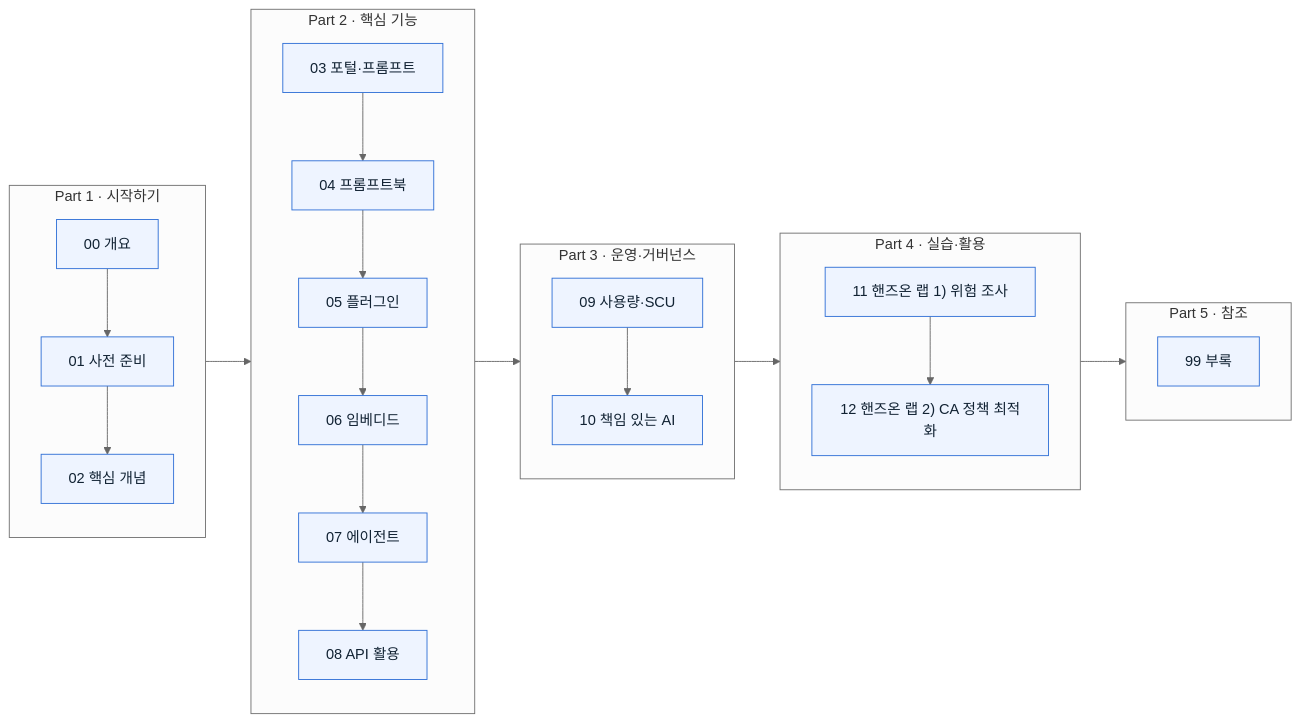
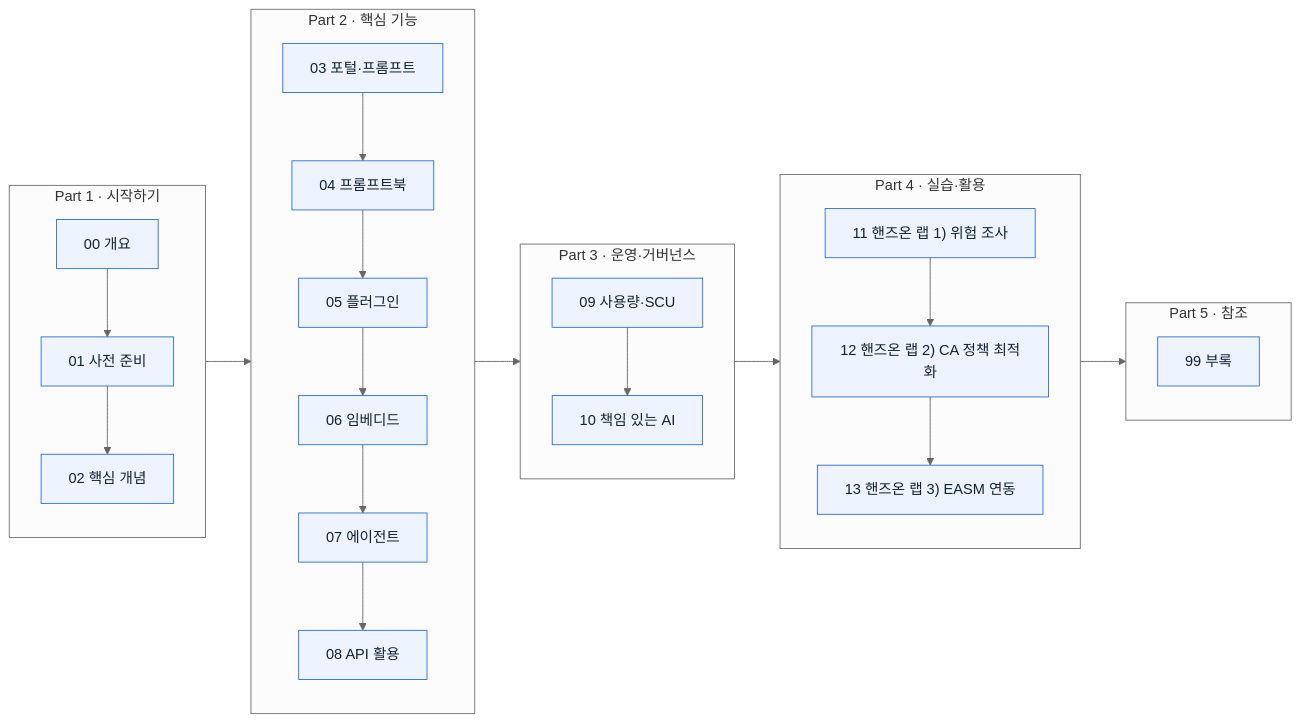
The diagram in README.md (akimcse/security-copilot-guide-kr), drawn with Mermaid (neutral theme) before and after one commit. The commit also changed other lines of this file and 7 other files, not shown here.

Commit message:
Add ch13: EASM plugin hands-on lab (connect + 8 capability prompts)

````diff
--- a/README.md
+++ b/README.md
@@ -31,37 +31,38 @@
 ```mermaid
 flowchart LR
     subgraph P1["Part 1 · 시작하기"]
         A0["00 개요"] --> A1["01 사전 준비"] --> A2["02 핵심 개념"]
     end
     subgraph P2["Part 2 · 핵심 기능"]
         B3["03 포털·프롬프트"] --> B4["04 프롬프트북"] --> B5["05 플러그인"] --> B6["06 임베디드"] --> B7["07 에이전트"] --> B8["08 API 활용"]
     end
     subgraph P3["Part 3 · 운영·거버넌스"]
         C8["09 사용량·SCU"] --> C9["10 책임 있는 AI"]
     end
     subgraph P4["Part 4 · 실습·활용"]
-        D11["11 핸즈온 랩 1) 위험 조사"] --> D12["12 핸즈온 랩 2) CA 정책 최적화"]
+        D11["11 핸즈온 랩 1) 위험 조사"] --> D12["12 핸즈온 랩 2) CA 정책 최적화"] --> D13["13 핸즈온 랩 3) EASM 연동"]
     end
     subgraph P5["Part 5 · 참조"]
         D99["99 부록"]
     end
     P1 --> P2 --> P3 --> P4 --> P5
 
     click A0 "./00-overview.md" "00 개요"
     click A1 "./01-prerequisites.md" "01 사전 준비"
     click A2 "./02-concepts.md" "02 핵심 개념"
     click B3 "./03-standalone-portal.md" "03 Standalone 포털"
     click B4 "./04-promptbooks.md" "04 프롬프트북"
     click B5 "./05-plugins.md" "05 플러그인"
     click B6 "./06-embedded-experiences.md" "06 임베디드 경험"
     click B7 "./07-agents.md" "07 에이전트"
     click B8 "./08-api-usage.md" "08 API 활용"
     click C8 "./09-usage-monitoring.md" "09 사용량 모니터링"
     click C9 "./10-responsible-ai.md" "10 책임 있는 AI"
     click D11 "./11-handson-lab.md" "11 핸즈온 랩 1) 위험 조사"
     click D12 "./12-ca-agent-lab.md" "12 핸즈온 랩 2) CA 정책 최적화"
+    click D13 "./13-easm-plugin-lab.md" "13 핸즈온 랩 3) EASM 연동"
     click D99 "./99-troubleshooting.md" "99 부록"
 
     classDef node fill:#eef4ff,stroke:#2f6fd6,color:#123,stroke-width:1px;
-    class A0,A1,A2,B3,B4,B5,B6,B7,B8,C8,C9,D11,D12,D99 node;
+    class A0,A1,A2,B3,B4,B5,B6,B7,B8,C8,C9,D11,D12,D13,D99 node;
 ```
````
